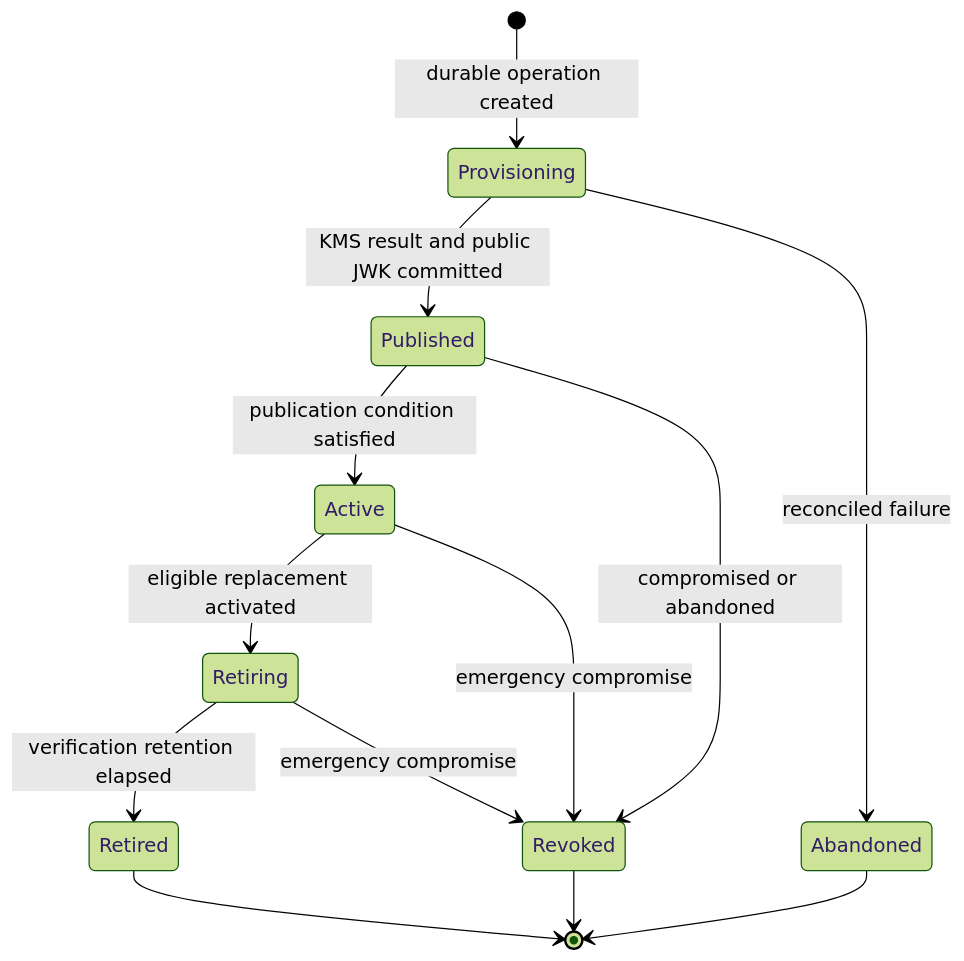
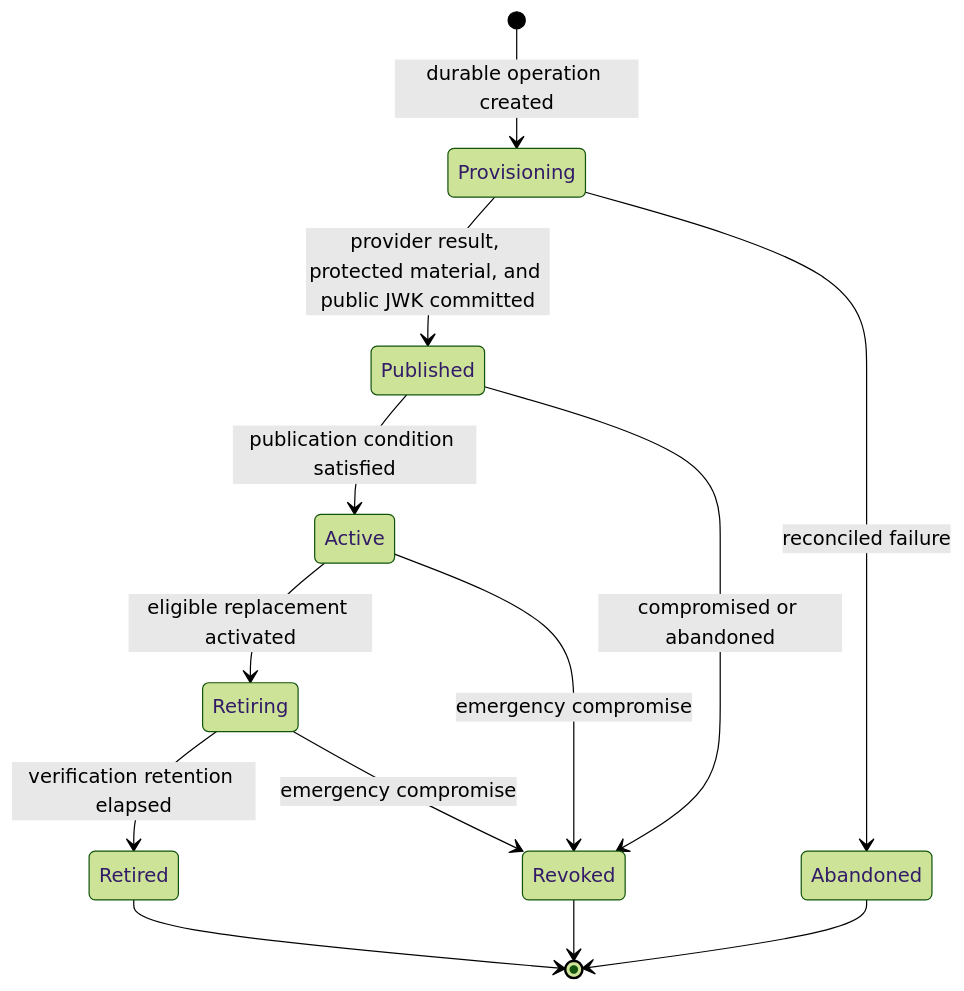
One commit to owlfoundry/owlauth changed the third of 4 diagrams in spec/06-operations-configuration-and-security.md. Above: the diagram before and after it, drawn with Mermaid (forest theme). The commit also changed other lines of this file and 320 other files, not shown here.

````diff
--- a/spec/06-operations-configuration-and-security.md
+++ b/spec/06-operations-configuration-and-security.md
@@ -195,15 +223,15 @@
 ```mermaid
 stateDiagram-v2
     [*] --> Provisioning: durable operation created
-    Provisioning --> Published: KMS result and public JWK committed
+    Provisioning --> Published: provider result, protected material, and public JWK committed
     Published --> Active: publication condition satisfied
     Active --> Retiring: eligible replacement activated
     Retiring --> Retired: verification retention elapsed
     Provisioning --> Abandoned: reconciled failure
     Published --> Revoked: compromised or abandoned
     Active --> Revoked: emergency compromise
     Retiring --> Revoked: emergency compromise
     Retired --> [*]
     Revoked --> [*]
     Abandoned --> [*]
 ```
````
